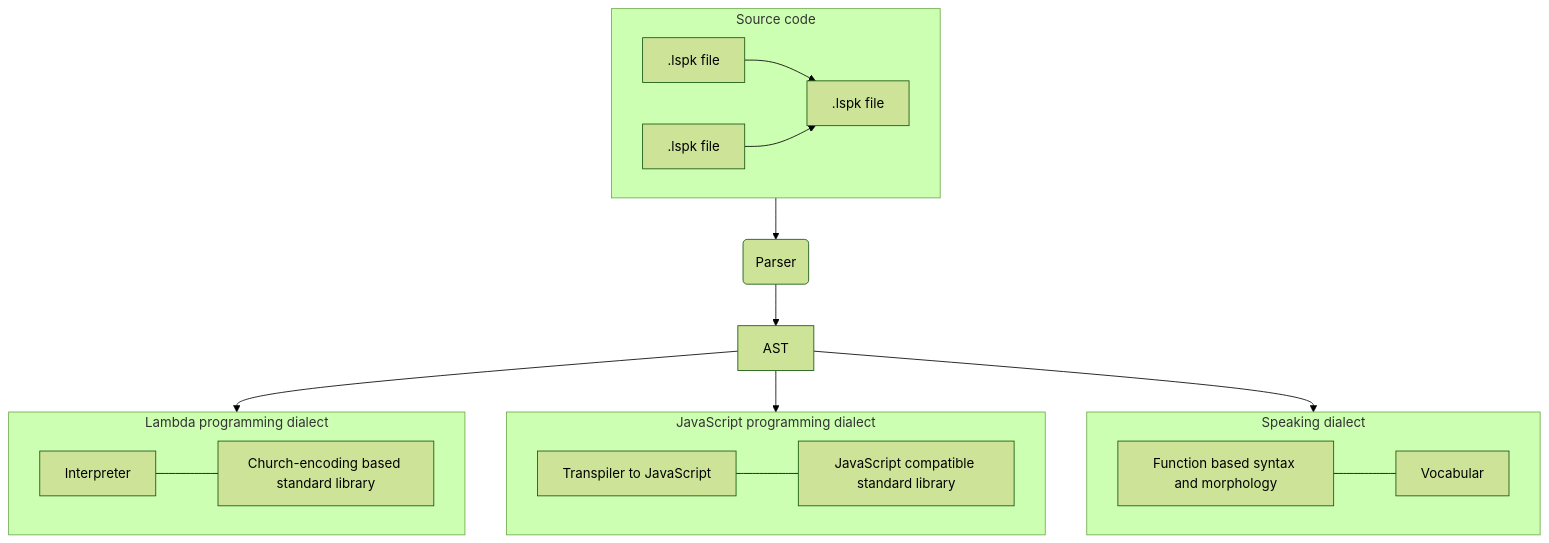
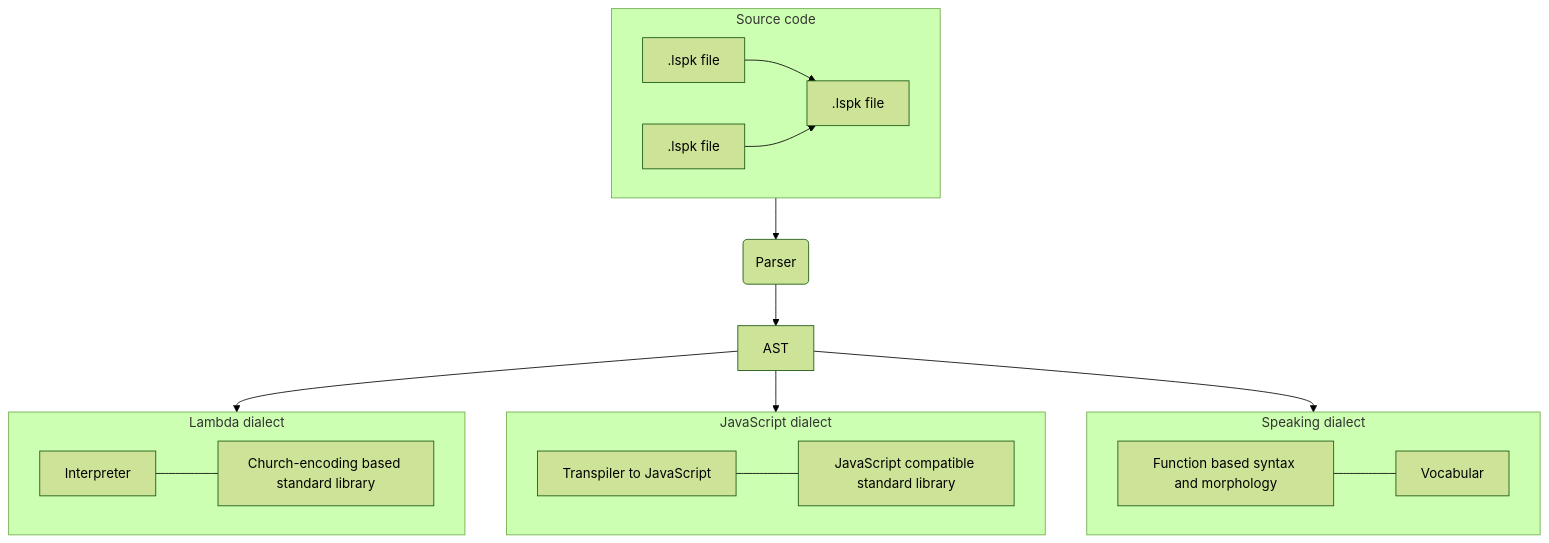
The diagram in README.md (lispeak/docs), drawn with Mermaid (forest theme) before and after one commit.

````diff
--- a/README.md
+++ b/README.md
@@ -14,31 +14,31 @@
 ```mermaid
 flowchart TD
  subgraph Source["Source code"]
         File1[".lspk file"]
         File2[".lspk file"]
         File3[".lspk file"]
         File1 --> File3
         File2 --> File3
   end
- subgraph HighDialect["Lambda programming dialect"]
+ subgraph HighDialect["Lambda dialect"]
         Interpreter["Interpreter"]
         HighLib["Church-encoding based standard library"]
         Interpreter --- HighLib
   end
- subgraph LowDialect["JavaScript programming dialect"]
+ subgraph LowDialect["JavaScript dialect"]
         Transpiler["Transpiler to JavaScript"]
         LowLib["JavaScript compatible standard library"]
         Transpiler --- LowLib
   end
  subgraph SpeakDialect["Speaking dialect"]
         Grammar["Function based syntax and morphology"]
         VocabularLib["Vocabular"]
         Grammar --- VocabularLib
   end
     AST["AST"]
     Parser("Parser")
 
     Source --> Parser
     Parser --> AST
     AST --> HighDialect & LowDialect & SpeakDialect
 ```
````
